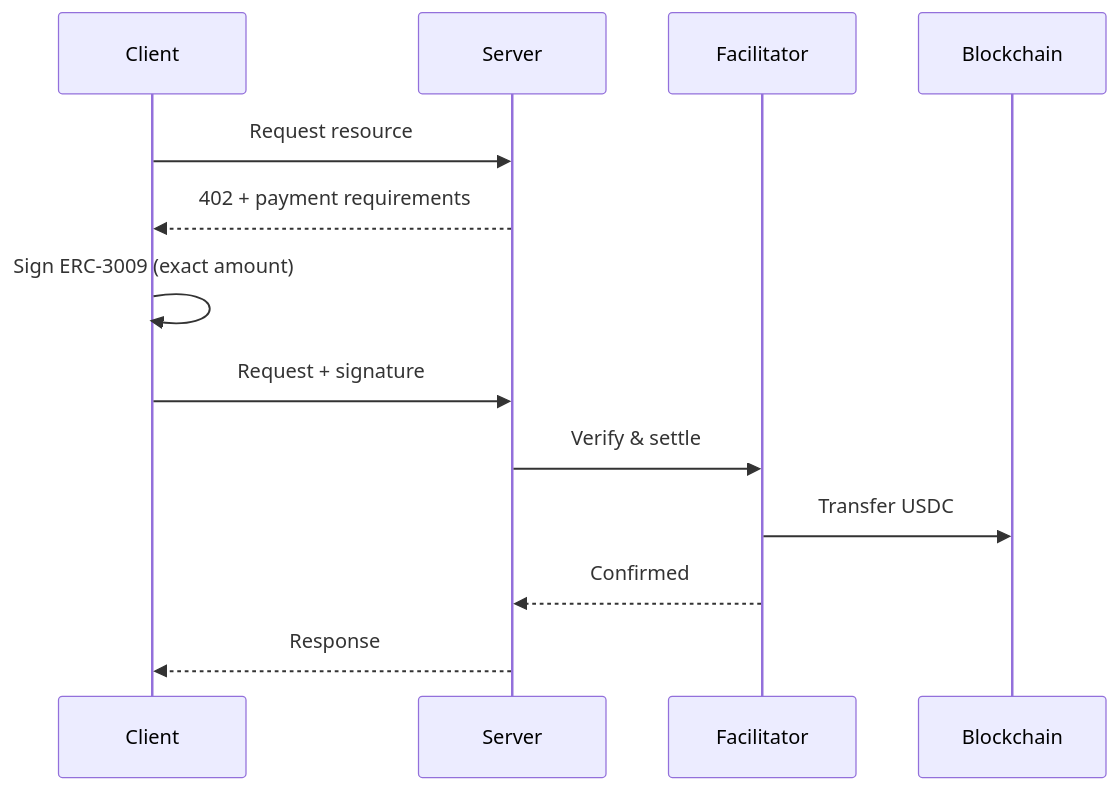
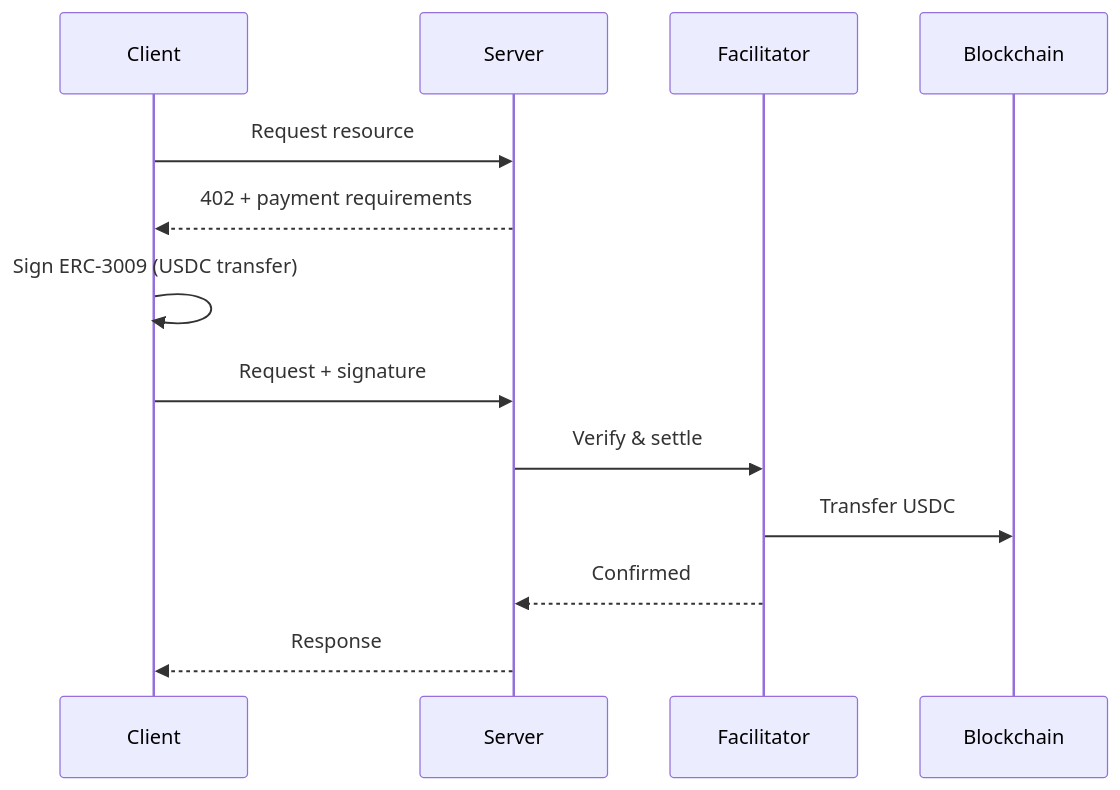
One commit to Agentokratia/docs changed the first of 2 diagrams in x402/introduction.mdx. Above: the diagram before and after it, drawn with Mermaid. The commit also changed other lines of this file and 7 other files, not shown here.

````diff
--- a/x402/introduction.mdx
+++ b/x402/introduction.mdx
@@ -202,16 +208,16 @@
 ```mermaid
 sequenceDiagram
     participant Client
     participant Server
     participant Facilitator
     participant Blockchain
 
     Client->>Server: Request resource
     Server-->>Client: 402 + payment requirements
-    Client->>Client: Sign ERC-3009 (exact amount)
+    Client->>Client: Sign ERC-3009 (USDC transfer)
     Client->>Server: Request + signature
     Server->>Facilitator: Verify & settle
     Facilitator->>Blockchain: Transfer USDC
     Facilitator-->>Server: Confirmed
     Server-->>Client: Response
 ```
````
